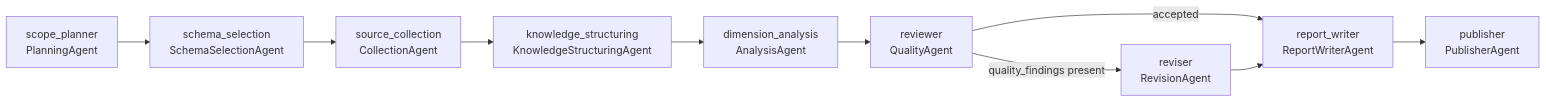
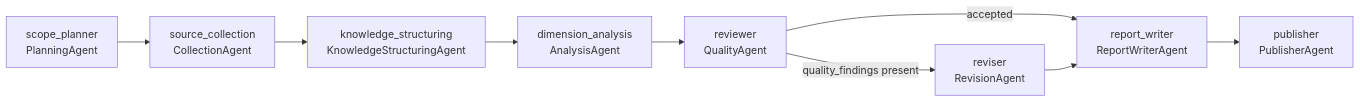
Before and after one commit to ying123ww/rivalens: the second of 2 diagrams in README.md, drawn with Mermaid. The commit also changed other lines of this file and 10 other files, not shown here.

First line of the commit message:
merge PlanningAgent and SchemaSelectionAgent into PlanningAgent

````diff
--- a/README.md
+++ b/README.md
@@ -79,12 +75,11 @@
 ```mermaid
 flowchart LR
-    A["scope_planner\nPlanningAgent"] --> S["schema_selection\nSchemaSelectionAgent"]
-    S --> B["source_collection\nCollectionAgent"]
+    A["scope_planner\nPlanningAgent"] --> B["source_collection\nCollectionAgent"]
     B --> C["knowledge_structuring\nKnowledgeStructuringAgent"]
     C --> D["dimension_analysis\nAnalysisAgent"]
     D --> E["reviewer\nQualityAgent"]
     E -->|quality_findings present| F["reviser\nRevisionAgent"]
     E -->|accepted| G["report_writer\nReportWriterAgent"]
     F --> G
     G --> H["publisher\nPublisherAgent"]
 ```
````
